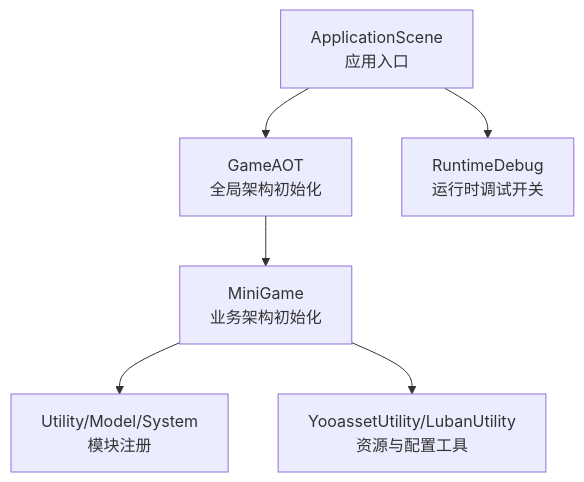
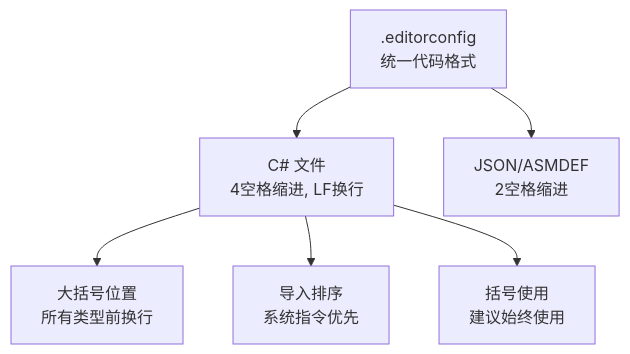
One commit to MOYVSH/SimulationClient changed the first of 7 diagrams in .qoder/repowiki/zh/content/开发指南/开发指南.md. Above: the diagram before and after it, drawn with Mermaid. The commit also changed other lines of this file and 61 other files, not shown here.

````diff
--- a/.qoder/repowiki/zh/content/开发指南/开发指南.md
+++ b/.qoder/repowiki/zh/content/开发指南/开发指南.md
@@ -46,8 +60,8 @@
 ```mermaid
 graph TB
-A["ApplicationScene<br/>应用入口"] --> B["GameAOT<br/>全局架构初始化"]
-B --> C["MiniGame<br/>业务架构初始化"]
-C --> D["Utility/Model/System<br/>模块注册"]
-A --> E["RuntimeDebug<br/>运行时调试开关"]
-C --> F["YooassetUtility/LubanUtility<br/>资源与配置工具"]
+EC[".editorconfig<br/>统一代码格式"] --> CS["C# 文件<br/>4空格缩进, LF换行"]
+EC --> JSON["JSON/ASMDEF<br/>2空格缩进"]
+CS --> BRACE["大括号位置<br/>所有类型前换行"]
+CS --> IMPORTS["导入排序<br/>系统指令优先"]
+CS --> BRACES["括号使用<br/>建议始终使用"]
 ```
````
